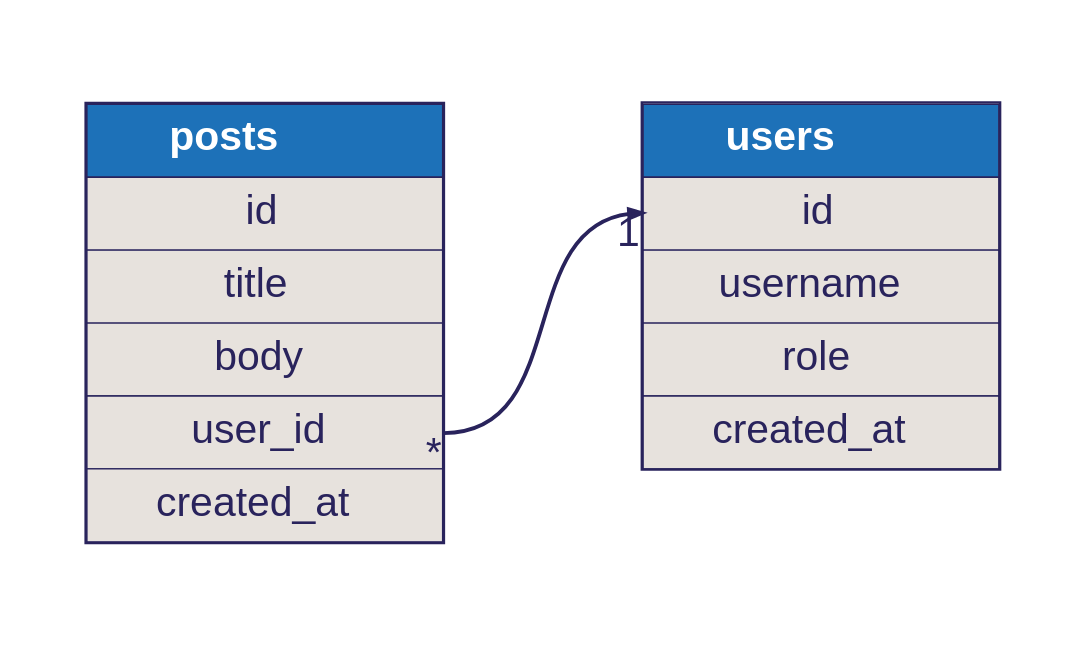
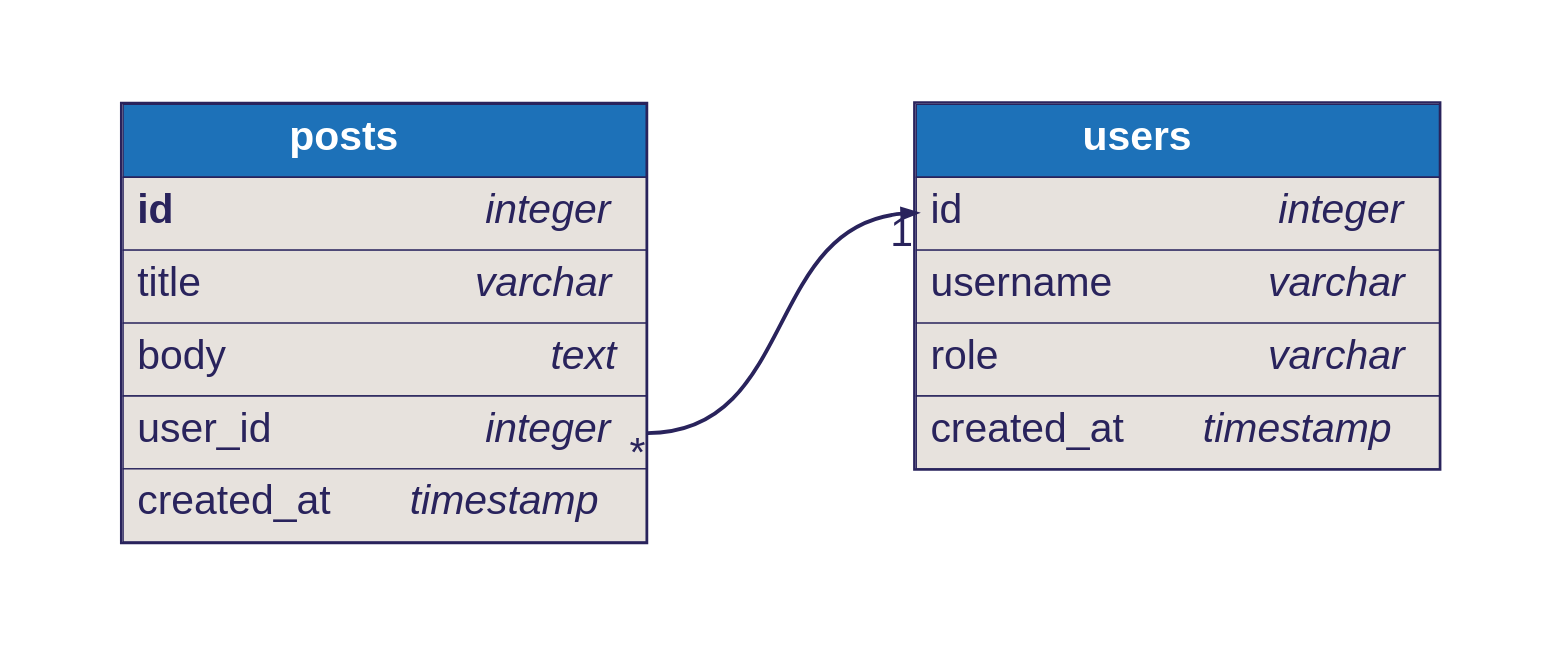
The diagram in examples/user-posts.dbml.dot (softwaretechnik-berlin/dbml-renderer), drawn with Graphviz before and after one commit. The commit also changed 12 other files, not shown here.

```diff
--- a/examples/user-posts.dbml.dot
+++ b/examples/user-posts.dbml.dot
@@ -1,27 +1,90 @@
 digraph dbml {
       rankdir=LR;
       graph [fontname="helvetica", fontsize=32, fontcolor="#29235c", bgcolor="transparent"];
       node [penwidth=0, margin=0, fontname="helvetica", fontsize=32, fontcolor="#29235c"];
       edge [fontname="helvetica", fontsize=32, fontcolor="#29235c", color="#29235c"];
 
       
       
       "users" [id=users;label=<<TABLE BORDER="2" COLOR="#29235c" CELLBORDER="1" CELLSPACING="0" CELLPADDING="10" >
       <TR><TD PORT="f0" WIDTH="150" BGCOLOR="#1d71b8"><font color="#ffffff"><B>       users       </B></font></TD></TR>
-<TR><TD PORT="f1" BGCOLOR="#e7e2dd">id</TD></TR>
-<TR><TD PORT="f2" BGCOLOR="#e7e2dd">username</TD></TR>
-<TR><TD PORT="f3" BGCOLOR="#e7e2dd">role</TD></TR>
-<TR><TD PORT="f4" BGCOLOR="#e7e2dd">created_at</TD></TR>
+<TR><TD ALIGN="left" PORT="f1" BGCOLOR="#e7e2dd">
+      <TABLE CELLPADDING="0" CELLSPACING="0" BORDER="0">
+        <TR>
+          <TD ALIGN="LEFT">id<FONT>    </FONT></TD>
+          <TD ALIGN="RIGHT"><font><i>integer</i></font></TD>
+        </TR>
+      </TABLE>
+    </TD></TR>
+<TR><TD ALIGN="left" PORT="f2" BGCOLOR="#e7e2dd">
+      <TABLE CELLPADDING="0" CELLSPACING="0" BORDER="0">
+        <TR>
+          <TD ALIGN="LEFT">username<FONT>    </FONT></TD>
+          <TD ALIGN="RIGHT"><font><i>varchar</i></font></TD>
+        </TR>
+      </TABLE>
+    </TD></TR>
+<TR><TD ALIGN="left" PORT="f3" BGCOLOR="#e7e2dd">
+      <TABLE CELLPADDING="0" CELLSPACING="0" BORDER="0">
+        <TR>
+          <TD ALIGN="LEFT">role<FONT>    </FONT></TD>
+          <TD ALIGN="RIGHT"><font><i>varchar</i></font></TD>
+        </TR>
+      </TABLE>
+    </TD></TR>
+<TR><TD ALIGN="left" PORT="f4" BGCOLOR="#e7e2dd">
+      <TABLE CELLPADDING="0" CELLSPACING="0" BORDER="0">
+        <TR>
+          <TD ALIGN="LEFT">created_at<FONT>    </FONT></TD>
+          <TD ALIGN="RIGHT"><font><i>timestamp</i></font></TD>
+        </TR>
+      </TABLE>
+    </TD></TR>
     </TABLE>>];
 "posts" [id=posts;label=<<TABLE BORDER="2" COLOR="#29235c" CELLBORDER="1" CELLSPACING="0" CELLPADDING="10" >
       <TR><TD PORT="f0" WIDTH="150" BGCOLOR="#1d71b8"><font color="#ffffff"><B>       posts       </B></font></TD></TR>
-<TR><TD PORT="f1" BGCOLOR="#e7e2dd">id</TD></TR>
-<TR><TD PORT="f2" BGCOLOR="#e7e2dd">title</TD></TR>
-<TR><TD PORT="f3" BGCOLOR="#e7e2dd">body</TD></TR>
-<TR><TD PORT="f4" BGCOLOR="#e7e2dd">user_id</TD></TR>
-<TR><TD PORT="f5" BGCOLOR="#e7e2dd">created_at</TD></TR>
+<TR><TD ALIGN="left" PORT="f1" BGCOLOR="#e7e2dd">
+      <TABLE CELLPADDING="0" CELLSPACING="0" BORDER="0">
+        <TR>
+          <TD ALIGN="LEFT"><b>id</b><FONT>    </FONT></TD>
+          <TD ALIGN="RIGHT"><font><i>integer</i></font></TD>
+        </TR>
+      </TABLE>
+    </TD></TR>
+<TR><TD ALIGN="left" PORT="f2" BGCOLOR="#e7e2dd">
+      <TABLE CELLPADDING="0" CELLSPACING="0" BORDER="0">
+        <TR>
+          <TD ALIGN="LEFT">title<FONT>    </FONT></TD>
+          <TD ALIGN="RIGHT"><font><i>varchar</i></font></TD>
+        </TR>
+      </TABLE>
+    </TD></TR>
+<TR><TD ALIGN="left" PORT="f3" BGCOLOR="#e7e2dd">
+      <TABLE CELLPADDING="0" CELLSPACING="0" BORDER="0">
+        <TR>
+          <TD ALIGN="LEFT">body<FONT>    </FONT></TD>
+          <TD ALIGN="RIGHT"><font><i>text</i></font></TD>
+        </TR>
+      </TABLE>
+    </TD></TR>
+<TR><TD ALIGN="left" PORT="f4" BGCOLOR="#e7e2dd">
+      <TABLE CELLPADDING="0" CELLSPACING="0" BORDER="0">
+        <TR>
+          <TD ALIGN="LEFT">user_id<FONT>    </FONT></TD>
+          <TD ALIGN="RIGHT"><font><i>integer</i></font></TD>
+        </TR>
+      </TABLE>
+    </TD></TR>
+<TR><TD ALIGN="left" PORT="f5" BGCOLOR="#e7e2dd">
+      <TABLE CELLPADDING="0" CELLSPACING="0" BORDER="0">
+        <TR>
+          <TD ALIGN="LEFT">created_at<FONT>    </FONT></TD>
+          <TD ALIGN="RIGHT"><font><i>timestamp</i></font></TD>
+        </TR>
+      </TABLE>
+    </TD></TR>
     </TABLE>>];
     
       posts:f0 -> users:f0 [style=invis, weight=100, color=red]
     posts:f4:e -> users:f1:w [penwidth=3, color="#29235c", headlabel="1", taillabel="*", arrowhead="normal", arrowtail="none"]
     }
```
